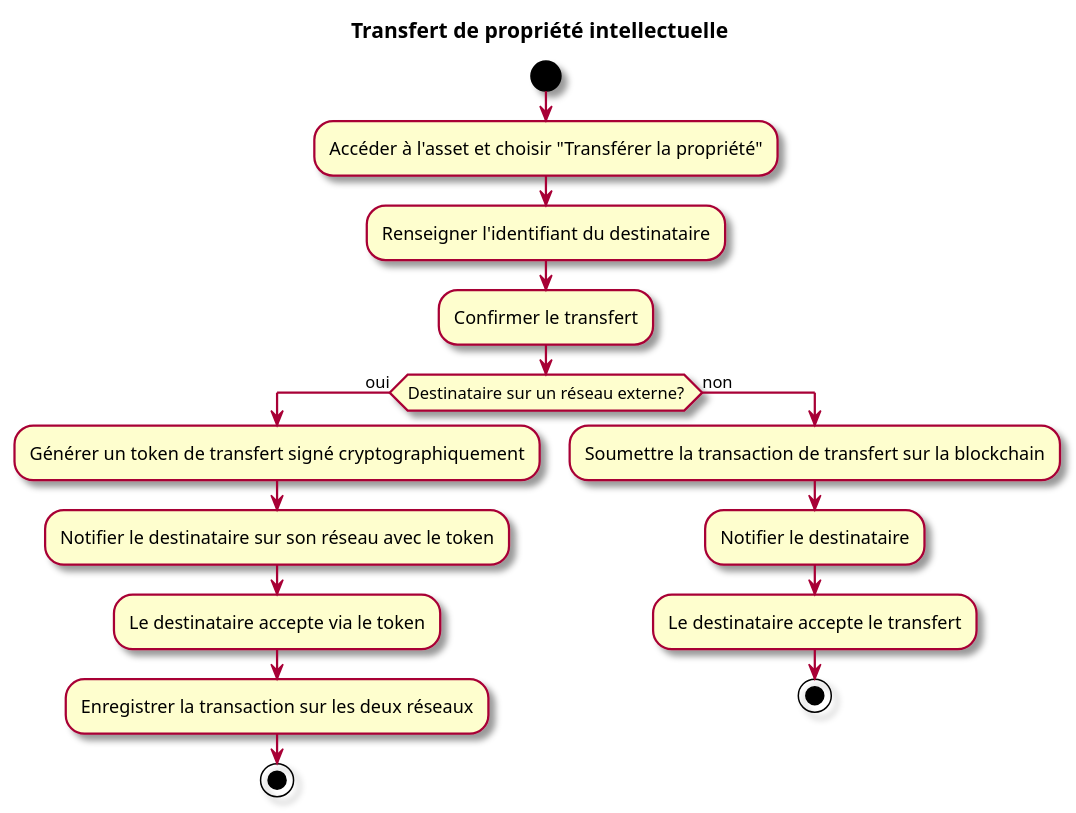
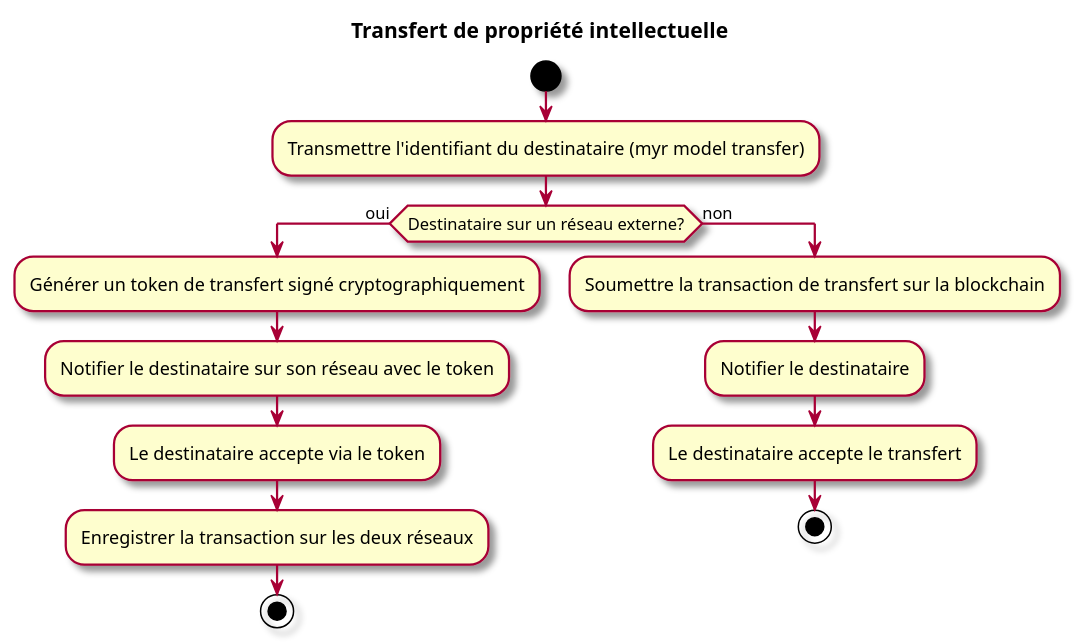
One commit to olivaux/myr changed the second of 2 diagrams in specs/1-Expression/UCPI-Propriete_Intellectuelle/UCPI07.md. Above: the diagram before and after it, drawn with PlantUML. The commit also changed other lines of this file and 65 other files, not shown here.

````diff
--- a/specs/1-Expression/UCPI-Propriete_Intellectuelle/UCPI07.md
+++ b/specs/1-Expression/UCPI-Propriete_Intellectuelle/UCPI07.md
@@ -69,22 +70,20 @@
 ```plantuml
 @startuml
 skin rose
 title Transfert de propriété intellectuelle
 start
-:Accéder à l'asset et choisir "Transférer la propriété";
-:Renseigner l'identifiant du destinataire;
-:Confirmer le transfert;
+:Transmettre l'identifiant du destinataire (myr model transfer);
 if (Destinataire sur un réseau externe?) then (oui)
   :Générer un token de transfert signé cryptographiquement;
   :Notifier le destinataire sur son réseau avec le token;
   :Le destinataire accepte via le token;
   :Enregistrer la transaction sur les deux réseaux;
   stop
 else (non)
   :Soumettre la transaction de transfert sur la blockchain;
   :Notifier le destinataire;
   :Le destinataire accepte le transfert;
   stop
 endif
 @enduml
 ```
````
